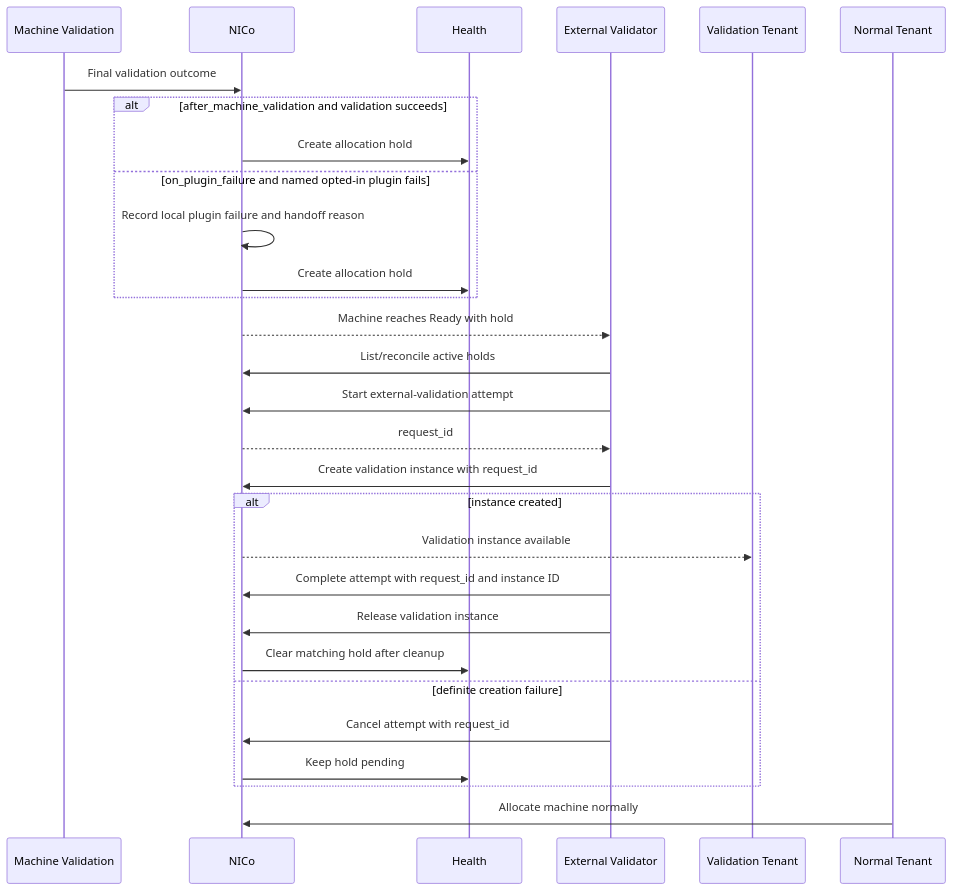
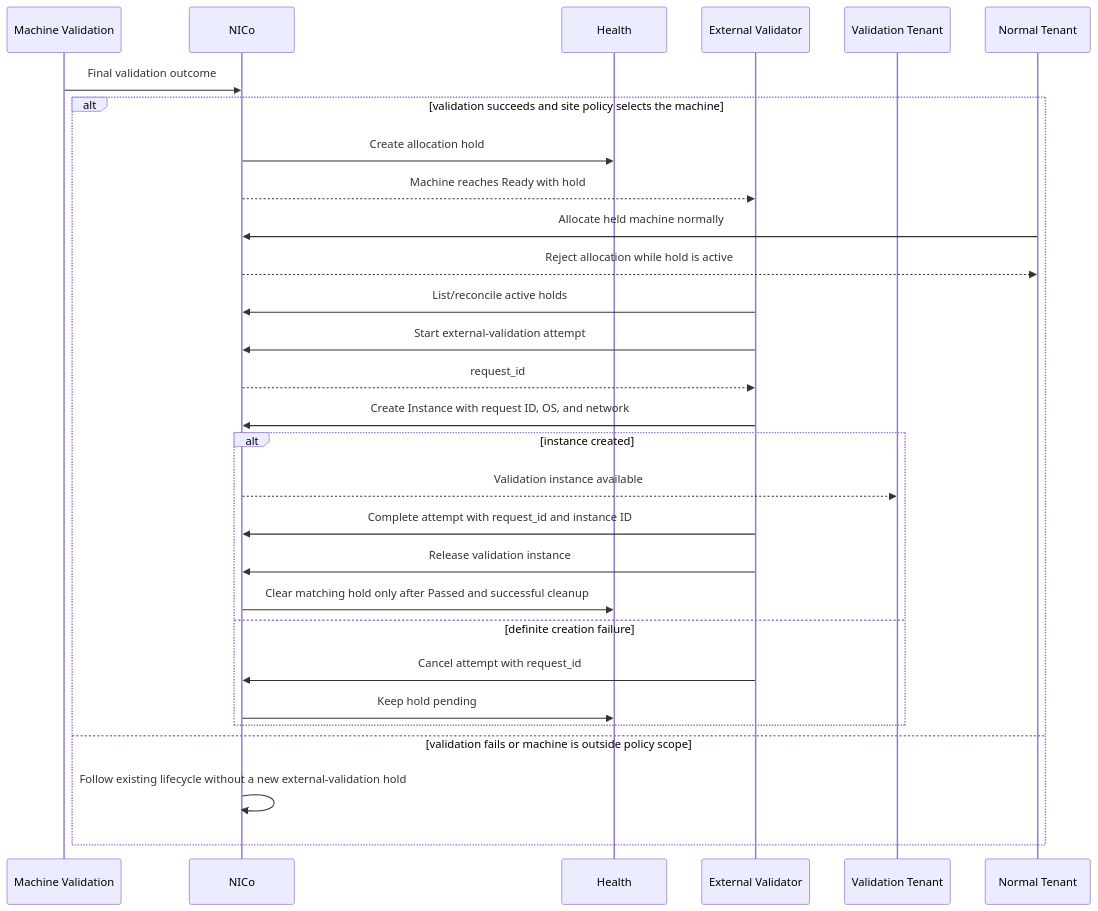
The diagram in designs/machine-validation/external-validation-allocation-hold.md (dsx-ai-factory/infra-controller), drawn with Mermaid before and after one commit. The commit also changed other lines of this file, not shown here.

Commit message:
docs(machine-validation): simplify external validation allocation design

````diff
--- a/designs/machine-validation/external-validation-allocation-hold.md
+++ b/designs/machine-validation/external-validation-allocation-hold.md
@@ -281,32 +299,32 @@
 ```mermaid
 sequenceDiagram
     participant MV as Machine Validation
     participant NICo
     participant Health
     participant Validator as External Validator
     participant Tenant as Validation Tenant
     participant Normal as Normal Tenant
 
     MV->>NICo: Final validation outcome
-    alt after_machine_validation and validation succeeds
+    alt validation succeeds and site policy selects the machine
         NICo->>Health: Create allocation hold
-    else on_plugin_failure and named opted-in plugin fails
-        NICo->>NICo: Record local plugin failure and handoff reason
-        NICo->>Health: Create allocation hold
+        NICo-->>Validator: Machine reaches Ready with hold
+        Normal->>NICo: Allocate held machine normally
+        NICo-->>Normal: Reject allocation while hold is active
+        Validator->>NICo: List/reconcile active holds
+        Validator->>NICo: Start external-validation attempt
+        NICo-->>Validator: request_id
+        Validator->>NICo: Create Instance with request ID, OS, and network
+        alt instance created
+            NICo-->>Tenant: Validation instance available
+            Validator->>NICo: Complete attempt with request_id and instance ID
+            Validator->>NICo: Release validation instance
+            NICo->>Health: Clear matching hold only after Passed and successful cleanup
+        else definite creation failure
+            Validator->>NICo: Cancel attempt with request_id
+            NICo->>Health: Keep hold pending
+        end
+    else validation fails or machine is outside policy scope
+        NICo->>NICo: Follow existing lifecycle without a new external-validation hold
     end
-    NICo-->>Validator: Machine reaches Ready with hold
-    Validator->>NICo: List/reconcile active holds
-    Validator->>NICo: Start external-validation attempt
-    NICo-->>Validator: request_id
-    Validator->>NICo: Create validation instance with request_id
-    alt instance created
-        NICo-->>Tenant: Validation instance available
-        Validator->>NICo: Complete attempt with request_id and instance ID
-        Validator->>NICo: Release validation instance
-        NICo->>Health: Clear matching hold after cleanup
-    else definite creation failure
-        Validator->>NICo: Cancel attempt with request_id
-        NICo->>Health: Keep hold pending
-    end
-    Normal->>NICo: Allocate machine normally
 ```
````
